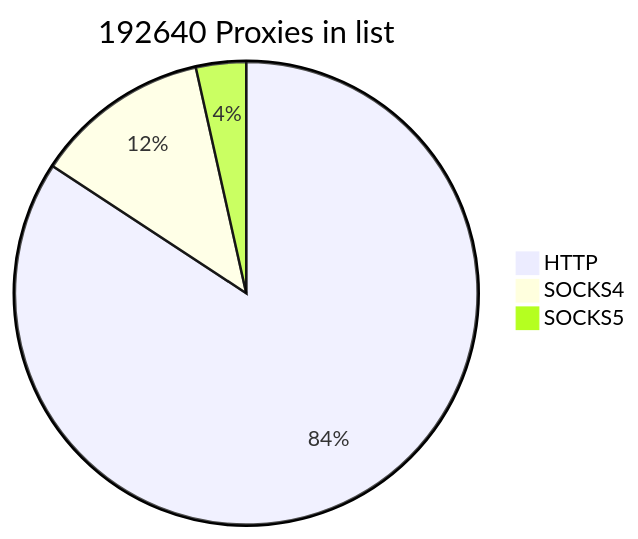
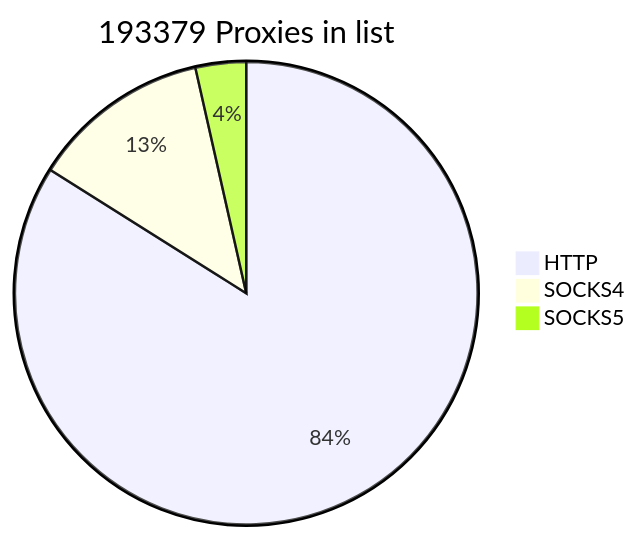
The first of 2 diagrams in README.md (cutipu/proxylist), drawn with Mermaid before and after one commit. The commit also changed other lines of this file, not shown here.

````diff
--- a/README.md
+++ b/README.md
@@ -2,7 +2,7 @@
 ```mermaid
-pie title 192640 Proxies in list
-    "HTTP" : 162298
-    "SOCKS4" : 23599
-    "SOCKS5" : 6743
+pie title 193379 Proxies in list
+    "HTTP" : 162324
+    "SOCKS4" : 24227
+    "SOCKS5" : 6828
             
 ```
````
